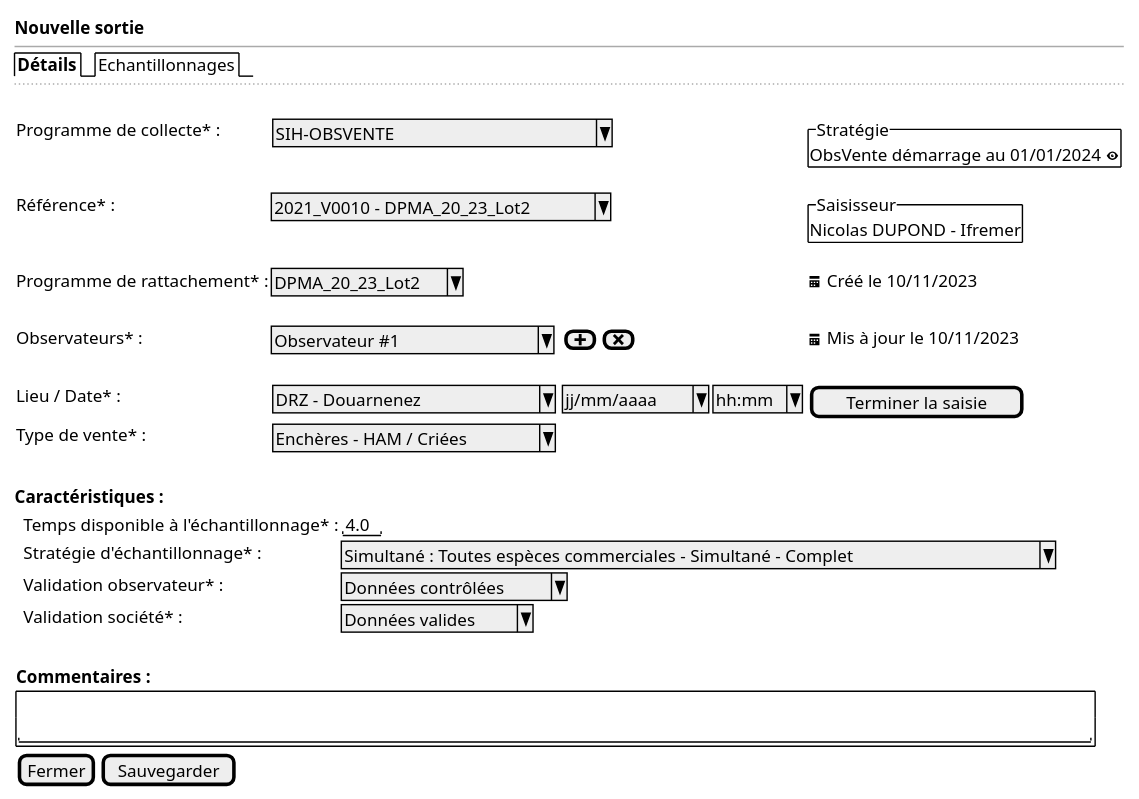
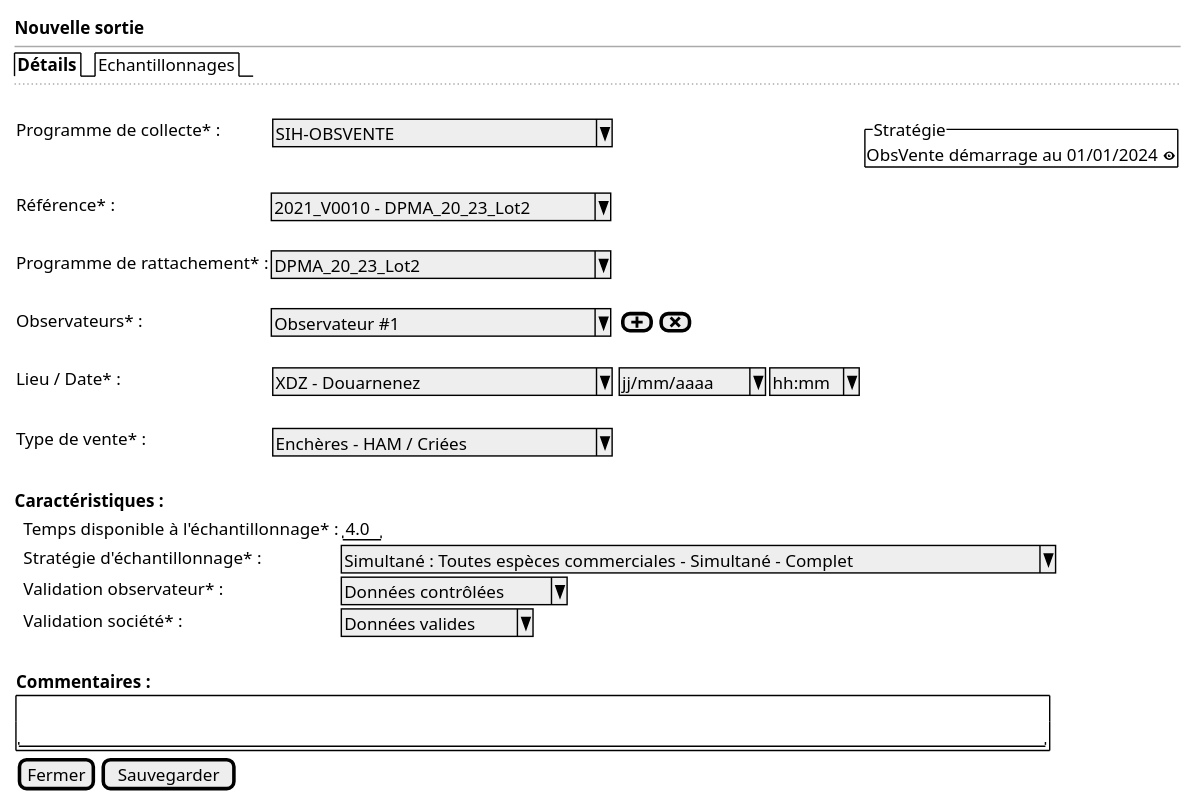
The diagram in projects/obsvente/spe/images/observed-location-new.puml (sumaris-net/sumaris-doc), drawn with PlantUML before and after one commit. The commit also changed 6 other files, not shown here.

```diff
--- a/projects/obsvente/spe/images/observed-location-new.puml
+++ b/projects/obsvente/spe/images/observed-location-new.puml
@@ -1,46 +1,46 @@
 @startsalt
 {
   <b>Nouvelle sortie
   --
   {/ <b>Détails | Echantillonnages }
   ..
   .
   {
 
       Programme de collecte* :    | { ^SIH-OBSVENTE                ^ } | * | {^"Stratégie"
                                                                                               ObsVente démarrage au 01/01/2024 <&eye> }
 
-      Référence* : | ^2021_V0010 - DPMA_20_23_Lot2^ | * | {^"Saisisseur"
-                                                          Nicolas DUPOND - Ifremer  }
-
-      Programme de rattachement* : | ^DPMA_20_23_Lot2^ | * | <&calendar> Créé le 10/11/2023
+      Référence* : | ^2021_V0010 - DPMA_20_23_Lot2^
       .
-      Observateurs* :            | ^ Observateur #1        ^ | { [<&plus>] | [<&x>] } | <&calendar> Mis à jour le 10/11/2023
+      Programme de rattachement* : | ^DPMA_20_23_Lot2             ^
       .
-      Lieu / Date* :     | { ^DRZ - Douarnenez       ^ } | { ^ jj/mm/aaaa^  |  ^ hh:mm^ } | [Terminer la saisie]
-      Type de vente* :   | { ^Enchères - HAM / Criées^}
+      Observateurs* :            | ^ Observateur #1             ^ | { [<&plus>] | [<&x>] }
+      .
+      Lieu / Date* :     | { ^XDZ - Douarnenez            ^ } | { ^ jj/mm/aaaa^  |  ^ hh:mm^ }
+      .
+      Type de vente* :   | { ^Enchères - HAM / Criées     ^}
       .
   }
 
   <b>Caractéristiques :
 
   {
       . | Temps disponible à l'échantillonnage* :| "4.0"
       . | Stratégie d'échantillonnage* : | ^Simultané : Toutes espèces commerciales - Simultané - Complet^
       . | Validation observateur* : | ^Données contrôlées^
       . | Validation société* : | ^Données valides^
       . | .
   }
 
 
   {
      <b>Commentaires :
 
      {+ .
-        "                                                                                              "
+        "                                                                                          "
      }
   }
 
   { [Fermer] | [Sauvegarder] }
 }
 @endsalt
```
